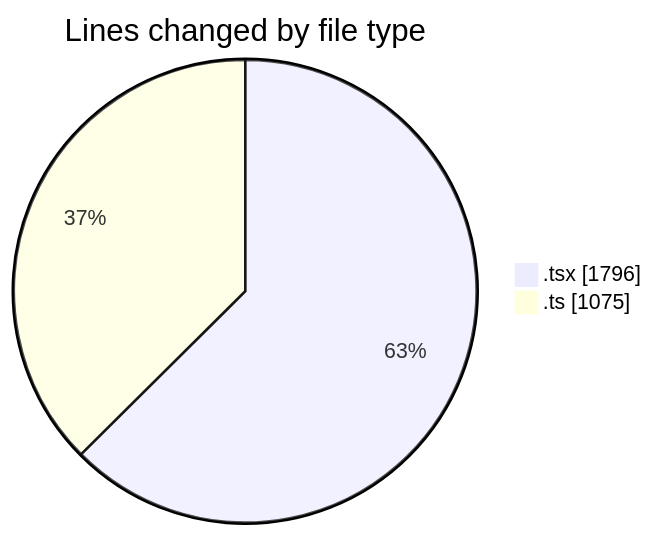
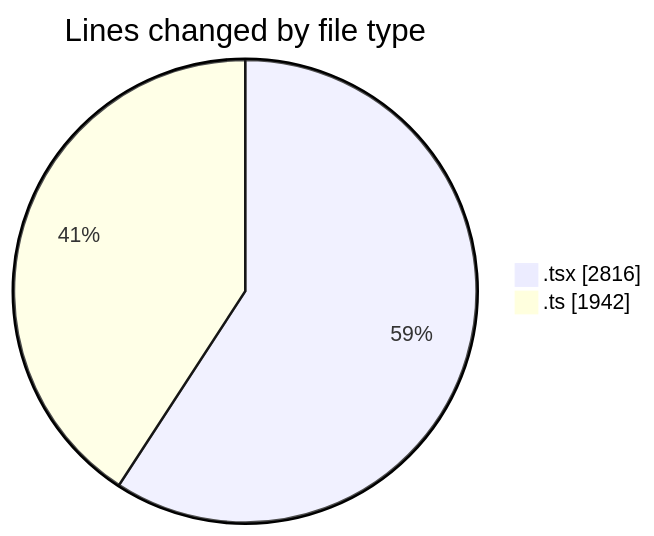
Before and after one commit to nxtqubesakshisongat/code-tracking: the first of 2 diagrams in 2026-02-20/nxtqube_webapp/README.md, drawn with Mermaid. The commit also changed other lines of this file and 1 other file, not shown here.

````diff
--- a/2026-02-20/nxtqube_webapp/README.md
+++ b/2026-02-20/nxtqube_webapp/README.md
@@ -29,6 +31,6 @@
 ```mermaid
 pie showData
 title Lines changed by file type
-".tsx" : 1796
-".ts" : 1075
+".tsx" : 2816
+".ts" : 1942
 ```
````
